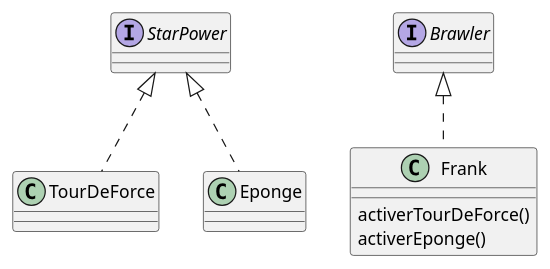
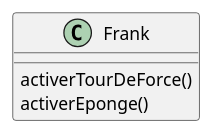
One commit to jandry/design-pattern changed the diagram in src/uml/strategy.puml. Above: the diagram before and after it, drawn with PlantUML. The commit also changed 5 other files, not shown here.

```diff
--- a/src/uml/strategy.puml
+++ b/src/uml/strategy.puml
@@ -1,17 +1,8 @@
 @startuml Strategy
 
 class Frank {
     activerTourDeForce()
     activerEponge()
 }
 
-interface Brawler
-
-interface StarPower
-
-Frank .up.|> Brawler
-
-TourDeForce .up.|> StarPower
-Eponge .up.|> StarPower
-
 @enduml
```
